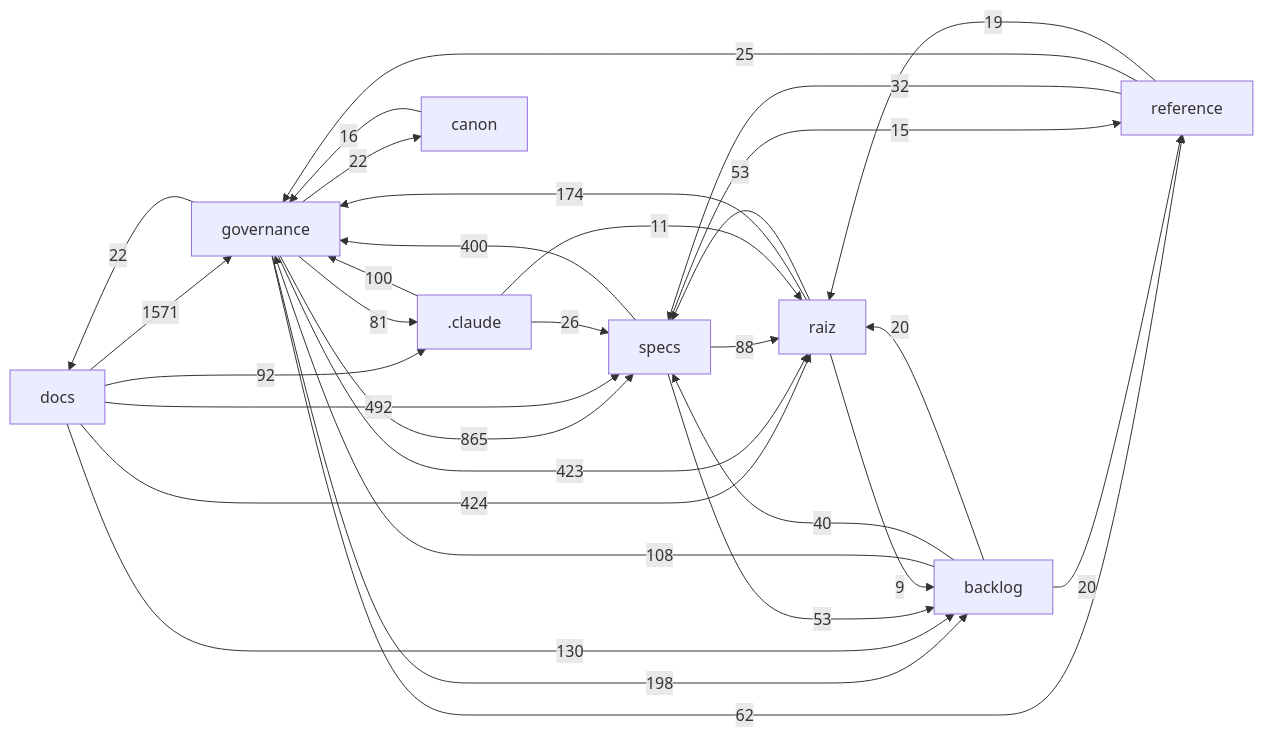
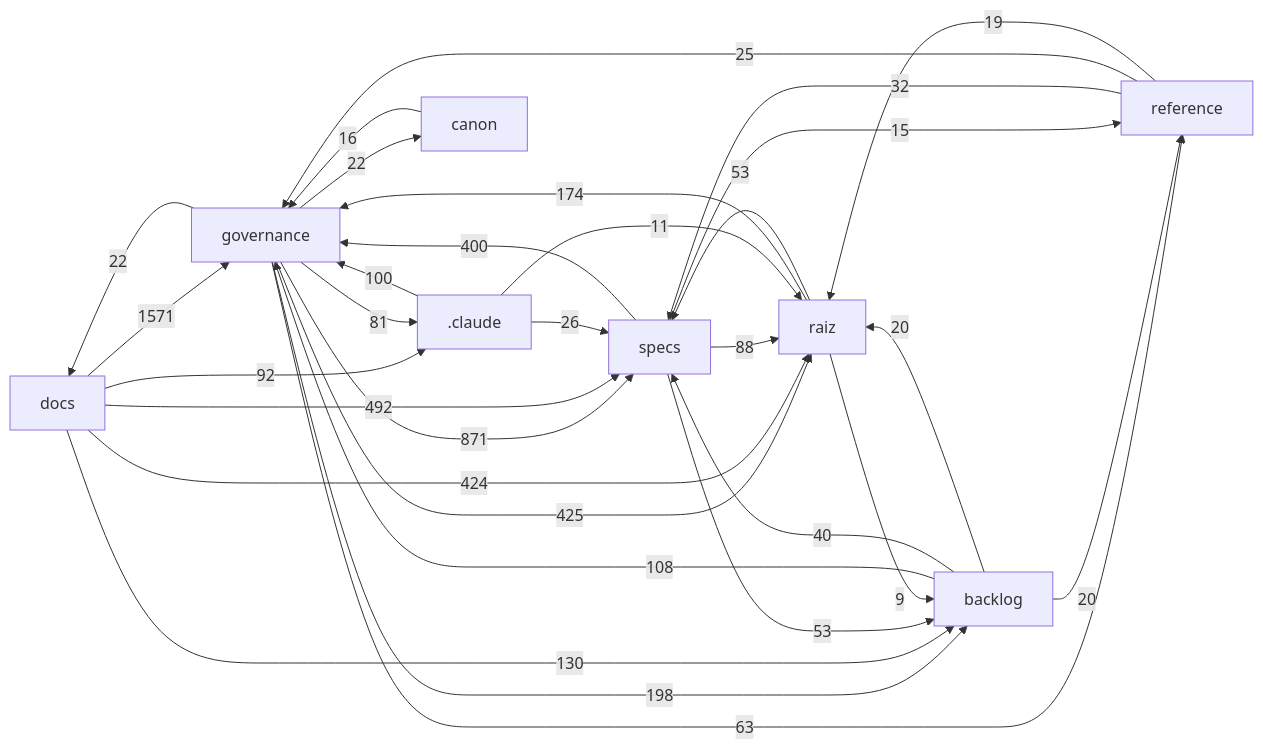
Before and after one commit to Andraus35/Sistema-Operacional-de-Trading--SOT: the diagram in docs/mapa/MAPA-PROJETO.md, drawn with Mermaid. The commit also changed other lines of this file and 5 other files, not shown here.

````diff
--- a/docs/mapa/MAPA-PROJETO.md
+++ b/docs/mapa/MAPA-PROJETO.md
@@ -29,33 +29,33 @@
 ```mermaid
 flowchart LR
   docs["docs"] -->|1571| governance["governance"]
-  governance["governance"] -->|865| specs["specs"]
+  governance["governance"] -->|871| specs["specs"]
   docs["docs"] -->|492| specs["specs"]
+  governance["governance"] -->|425| raiz["raiz"]
   docs["docs"] -->|424| raiz["raiz"]
-  governance["governance"] -->|423| raiz["raiz"]
   specs["specs"] -->|400| governance["governance"]
   governance["governance"] -->|198| backlog["backlog"]
   raiz["raiz"] -->|174| governance["governance"]
   docs["docs"] -->|130| backlog["backlog"]
   backlog["backlog"] -->|108| governance["governance"]
   _claude[".claude"] -->|100| governance["governance"]
   docs["docs"] -->|92| _claude[".claude"]
   specs["specs"] -->|88| raiz["raiz"]
   governance["governance"] -->|81| _claude[".claude"]
-  governance["governance"] -->|62| reference["reference"]
+  governance["governance"] -->|63| reference["reference"]
   raiz["raiz"] -->|53| specs["specs"]
   specs["specs"] -->|53| backlog["backlog"]
   backlog["backlog"] -->|40| specs["specs"]
   reference["reference"] -->|32| specs["specs"]
   _claude[".claude"] -->|26| specs["specs"]
   reference["reference"] -->|25| governance["governance"]
   governance["governance"] -->|22| docs["docs"]
   governance["governance"] -->|22| canon["canon"]
   backlog["backlog"] -->|20| raiz["raiz"]
   backlog["backlog"] -->|20| reference["reference"]
   reference["reference"] -->|19| raiz["raiz"]
   canon["canon"] -->|16| governance["governance"]
   specs["specs"] -->|15| reference["reference"]
   _claude[".claude"] -->|11| raiz["raiz"]
   raiz["raiz"] -->|9| backlog["backlog"]
 ```
````
